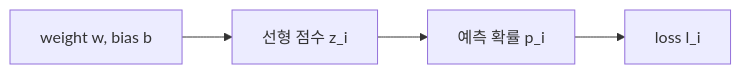
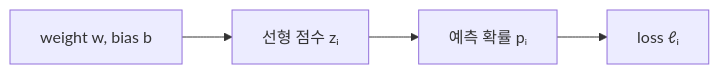
Before and after one commit to zzong2006/zzong2006.github.io: the diagram in content/machine_learning/linear_models/logistic regression.md, drawn with Mermaid.

Commit message:
content: logistic regression 흐름 그림의 아래첨자를 유니코드로 바꿈 (#109)
mermaid 라벨은 LaTeX 를 렌더하지 않아 z_i · p_i · l_i 가 글자 그대로
보였다. zᵢ · pᵢ · ℓᵢ 로 바꿔 본문 기호와 맞췄다.

````diff
--- a/content/machine_learning/linear_models/logistic regression.md
+++ b/content/machine_learning/linear_models/logistic regression.md
@@ -174,4 +174,4 @@
 ```mermaid
 flowchart LR
-  WB["weight w, bias b"] --> Z["선형 점수 z_i"] --> P["예측 확률 p_i"] --> L["loss l_i"]
+  WB["weight w, bias b"] --> Z["선형 점수 zᵢ"] --> P["예측 확률 pᵢ"] --> L["loss ℓᵢ"]
 ```
````
